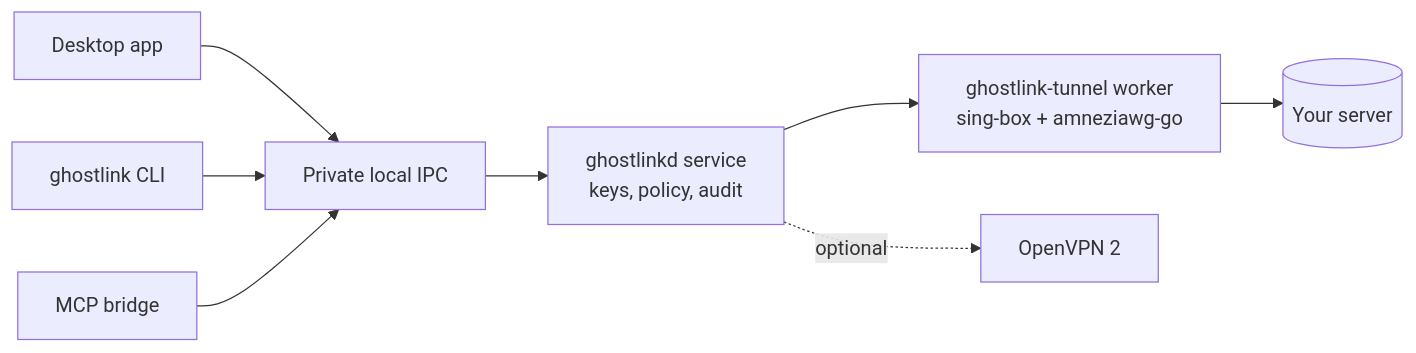
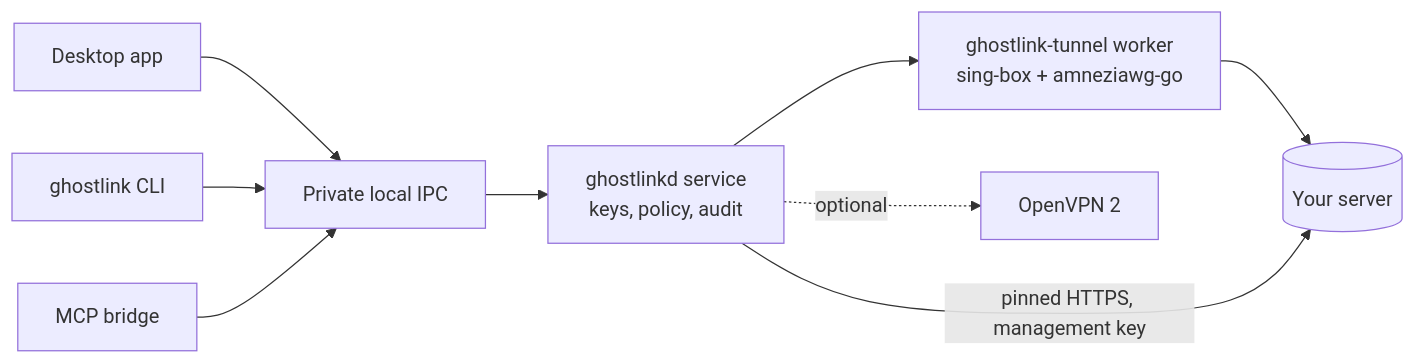
The diagram in README.md (winyannainghtut/GHOSTLINK), drawn with Mermaid before and after one commit. The commit also changed other lines of this file and 113 other files, not shown here.

````diff
--- a/README.md
+++ b/README.md
@@ -120,10 +125,11 @@
 ```mermaid
 flowchart LR
   GUI[Desktop app] --> IPC[Private local IPC]
   CLI[ghostlink CLI] --> IPC
   MCP[MCP bridge] --> IPC
   IPC --> D[ghostlinkd service<br/>keys, policy, audit]
   D --> W[ghostlink-tunnel worker<br/>sing-box + amneziawg-go]
   D -. optional .-> O[OpenVPN 2]
   W --> S[(Your server)]
+  D -- pinned HTTPS, management key --> S
 ```
````
